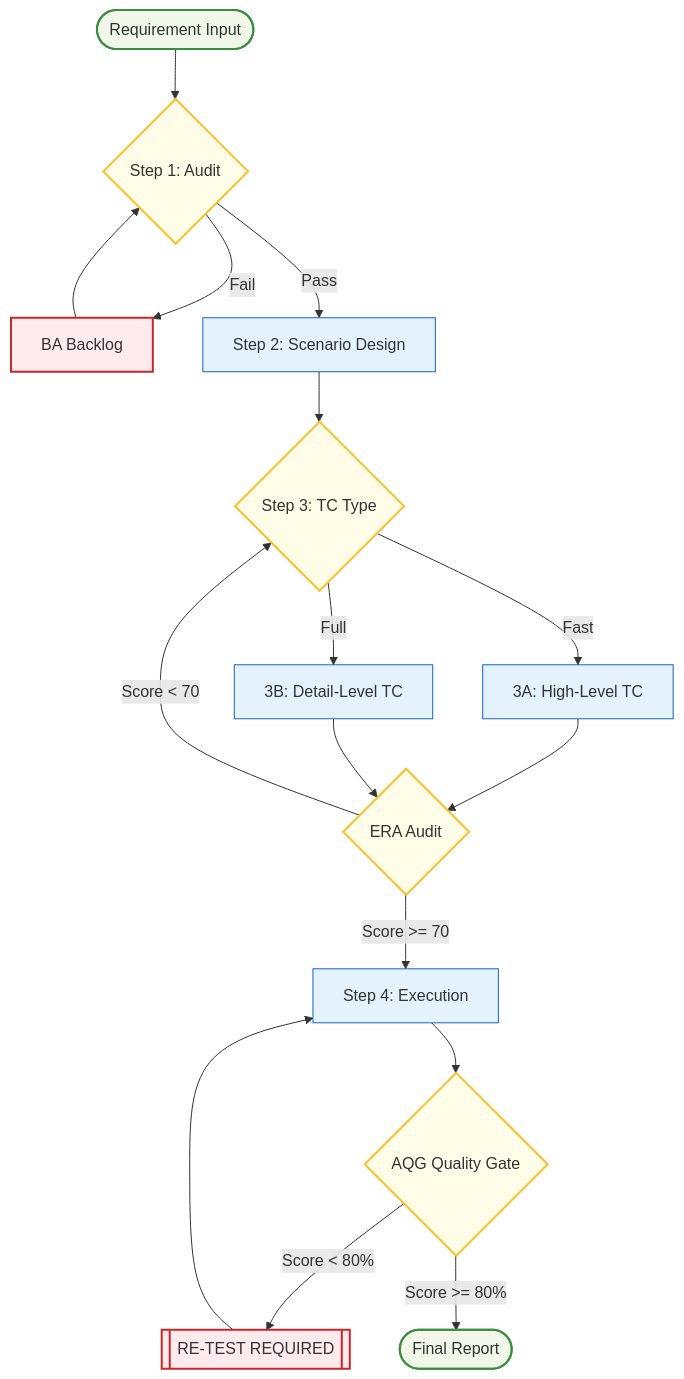
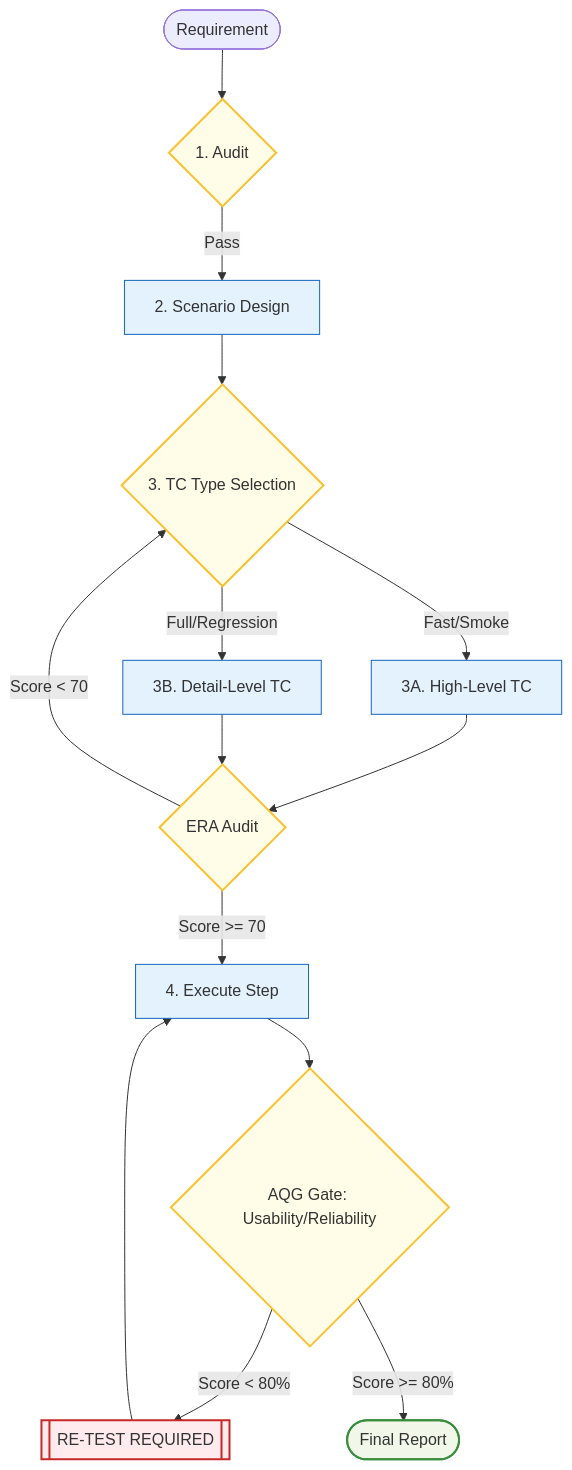
One commit to ngatran2/AI changed the third of 3 diagrams in report/PROJECT_MASTER_DASHBOARD_20260508_v2.md. Above: the diagram before and after it, drawn with Mermaid. The commit also changed other lines of this file, not shown here.

````diff
--- a/report/PROJECT_MASTER_DASHBOARD_20260508_v2.md
+++ b/report/PROJECT_MASTER_DASHBOARD_20260508_v2.md
@@ -83,40 +103,33 @@
 ```mermaid
 graph TD
-    %% Node Definitions
-    START([Requirement Input]) --> AUDIT{Step 1: Audit}
+    START([Requirement]) --> AUDIT{1. Audit}
+    AUDIT -- "Pass" --> SCE[2. Scenario Design]
     
-    AUDIT -- "Fail" --> BA[BA Backlog]
-    BA --> AUDIT
-    
-    AUDIT -- "Pass" --> SCE[Step 2: Scenario Design]
-    
-    SCE --> TC_BRANCH{Step 3: TC Type}
-    
-    TC_BRANCH -->|Fast| HL[3A: High-Level TC]
-    TC_BRANCH -->|Full| DET[3B: Detail-Level TC]
+    SCE --> TC_TYPE{3. TC Type Selection}
+    TC_TYPE -->|Fast/Smoke| HL[3A. High-Level TC]
+    TC_TYPE -->|Full/Regression| DET[3B. Detail-Level TC]
     
     HL --> ERA{ERA Audit}
     DET --> ERA
     
-    ERA -- "Score < 70" --> TC_BRANCH
-    ERA -- "Score >= 70" --> EXEC[Step 4: Execution]
+    ERA -- "Score < 70" --> TC_TYPE
+    ERA -- "Score >= 70" --> EXEC[4. Execute Step]
     
-    EXEC --> AQG{AQG Quality Gate}
+    EXEC --> AQG{AQG Gate: Usability/Reliability}
     
     AQG -- "Score < 80%" --> RETEST[[RE-TEST REQUIRED]]
     RETEST --> EXEC
     
     AQG -- "Score >= 80%" --> REPORT([Final Report])
 
     %% Styling for Light Theme
-    classDef startEnd fill:#E8F5E9,stroke:#2E7D32,stroke-width:2px;
     classDef process fill:#E3F2FD,stroke:#1565C0,stroke-width:1px;
     classDef decision fill:#FFFDE7,stroke:#FBC02D,stroke-width:2px;
     classDef alert fill:#FFEBEE,stroke:#C62828,stroke-width:2px;
     classDef success fill:#F1F8E9,stroke:#388E3C,stroke-width:2px;
 
-    class START,REPORT success;
-    class AUDIT,TC_BRANCH,ERA,AQG decision;
-    class SCE,HL,DET,EXEC process;
-    class RETEST,BA alert;
+    class HL,DET,SCE,EXEC process;
+    class AUDIT,TC_TYPE,ERA,AQG decision;
+    class RETEST alert;
+    class REPORT success;
 ```
````
